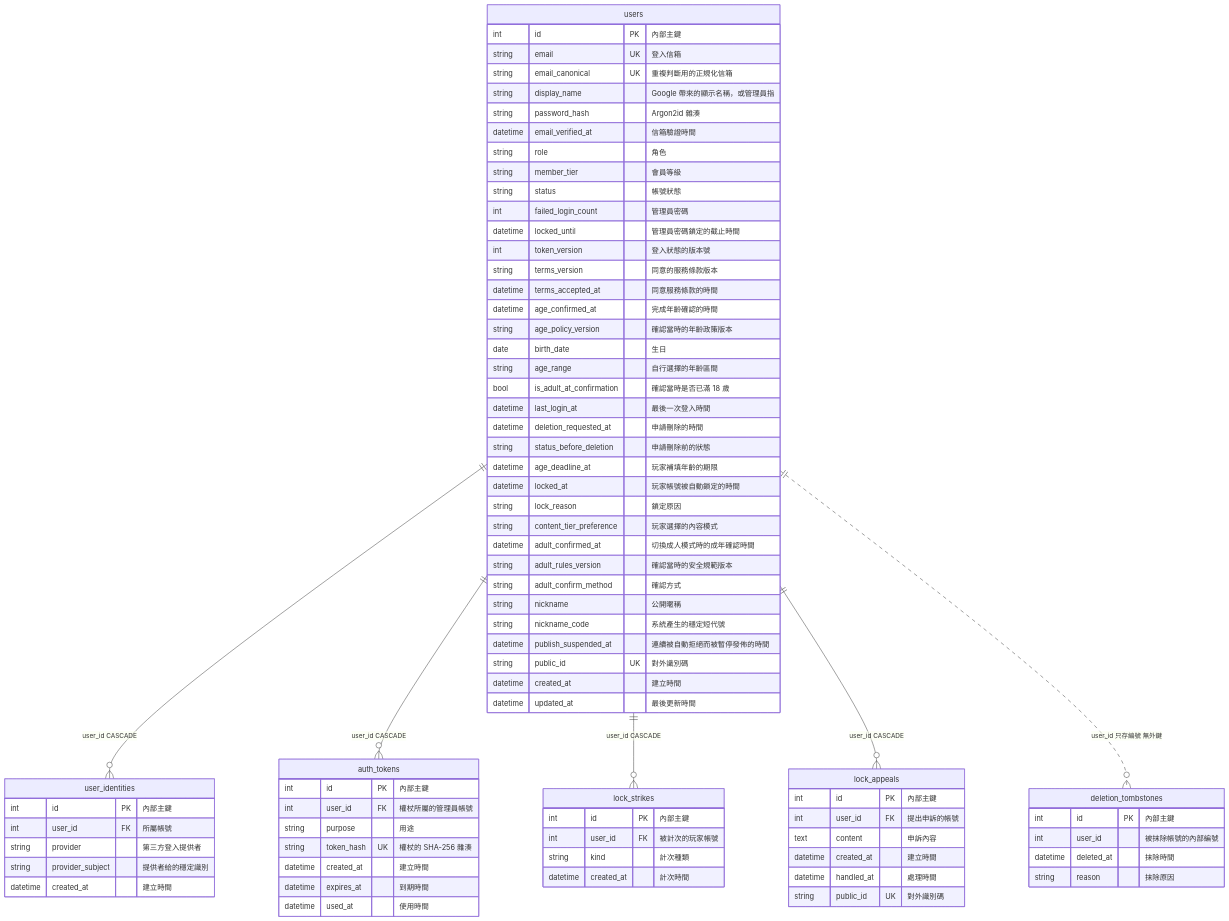
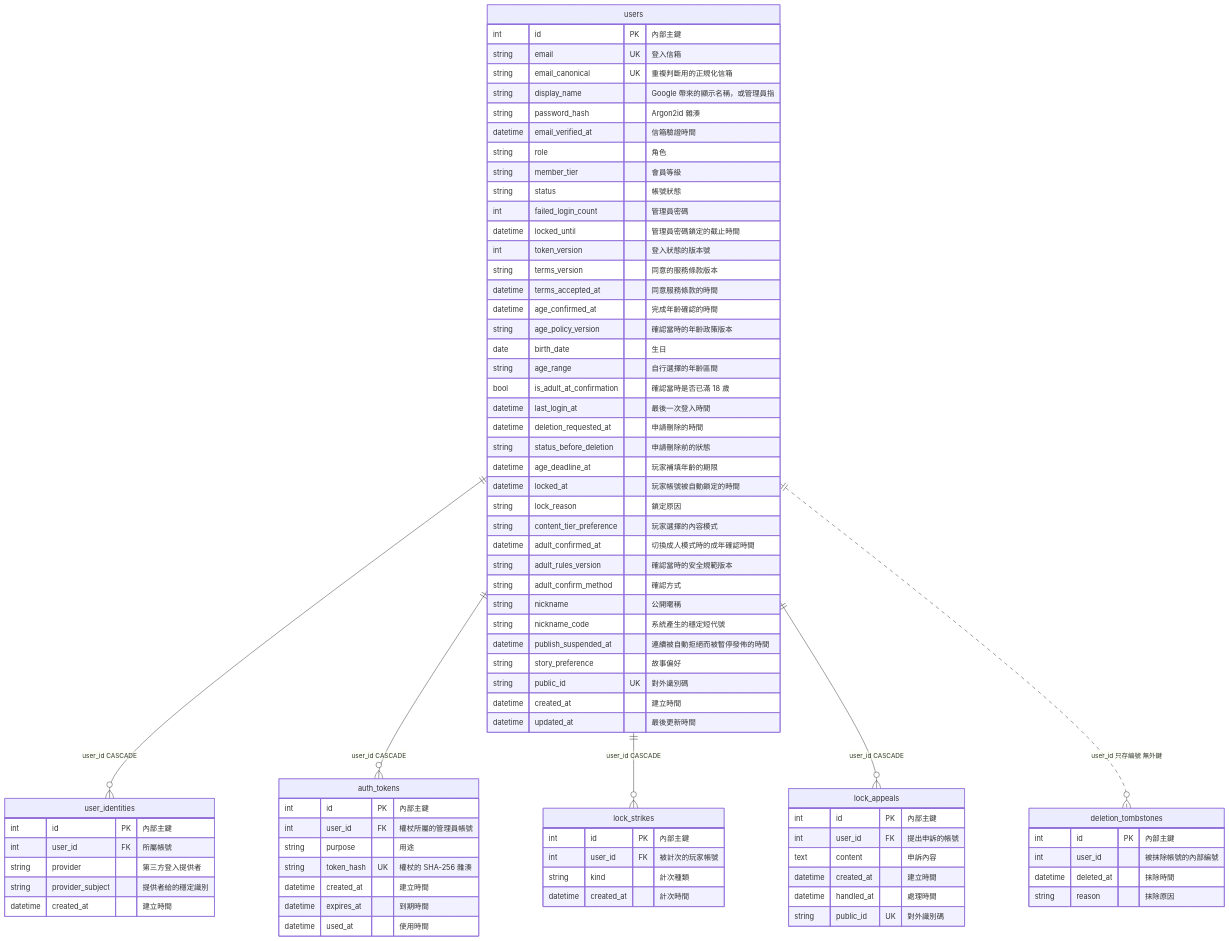
The third of 11 diagrams in docs/project資料結構文件.md (pp466pp466/R.A.C), drawn with Mermaid before and after one commit. The commit also changed other lines of this file and 16 other files, not shown here.

First line of the commit message:
story-preference 批次 A：故事偏好與讀者頻道的資料模型、遷移 0017、劇本規格與排序

```diff
--- a/docs/project資料結構文件.md
+++ b/docs/project資料結構文件.md
@@ -224,6 +224,7 @@
         string nickname "公開暱稱"
         string nickname_code "系統產生的穩定短代號"
         datetime publish_suspended_at "連續被自動拒絕而被暫停發佈的時間"
+        string story_preference "故事偏好"
         string public_id UK "對外識別碼"
         datetime created_at "建立時間"
         datetime updated_at "最後更新時間"
```
